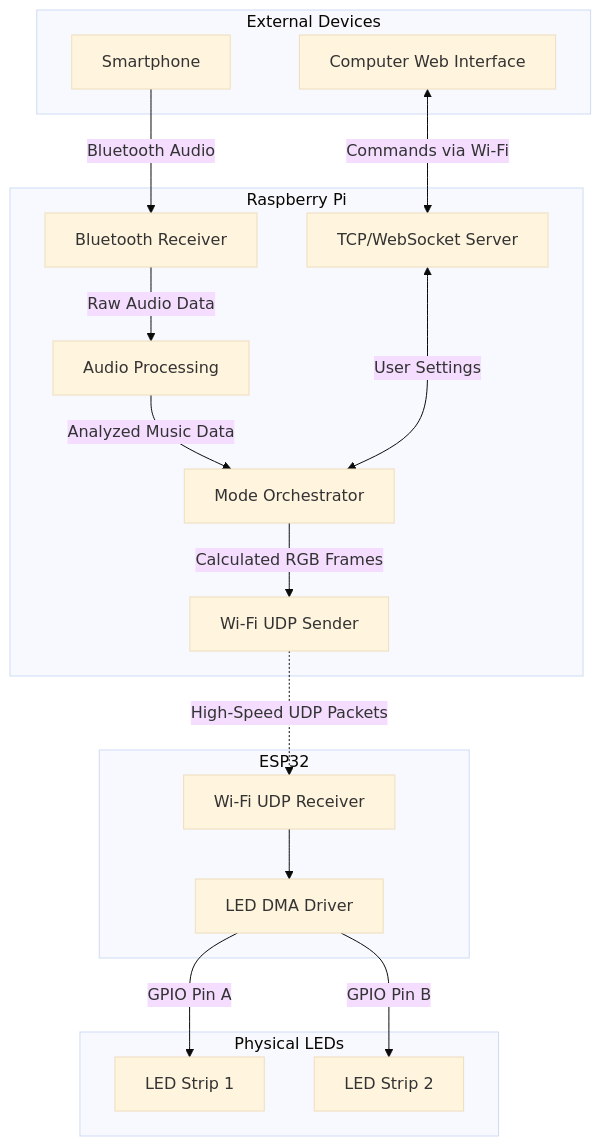
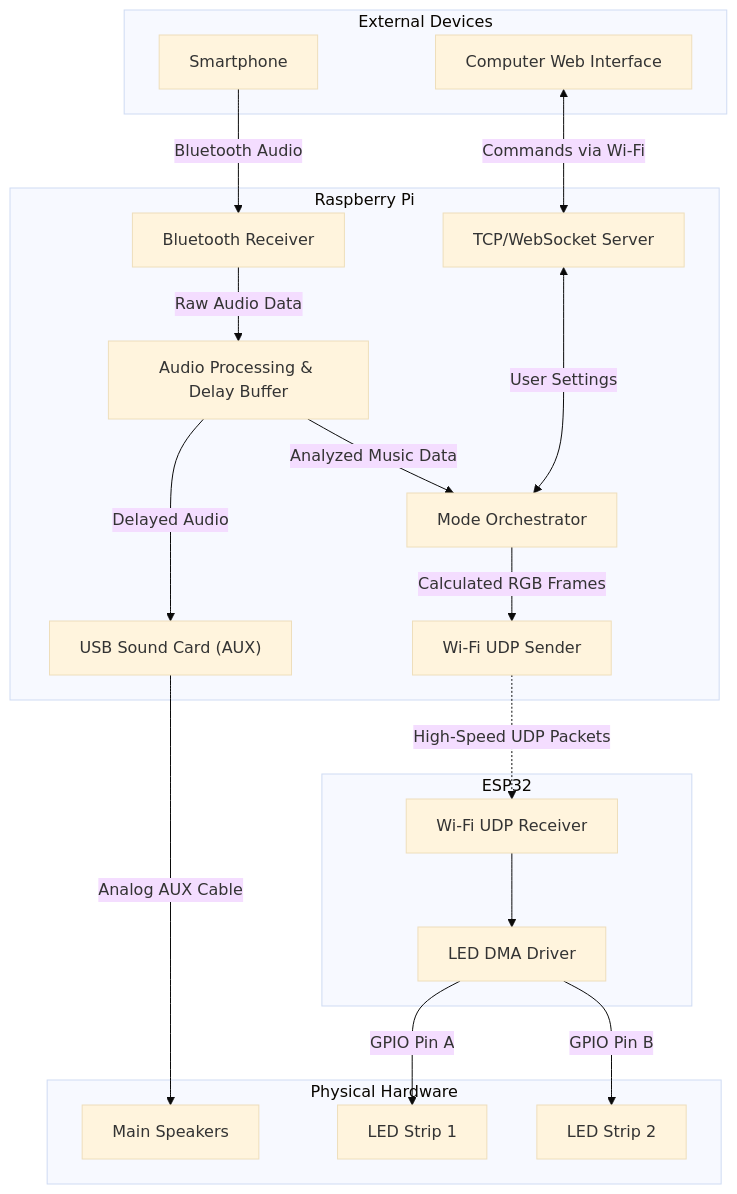
Before and after one commit to LucRobey/vialactee: the diagram in .agents/PLAN.md, drawn with Mermaid (base theme).

Commit message:
update diagram

````diff
--- a/.agents/PLAN.md
+++ b/.agents/PLAN.md
@@ -21,39 +21,44 @@
 ```mermaid
 graph TD
     subgraph External [External Devices]
         Phone["Smartphone"]
         PC["Computer Web Interface"]
     end
 
     subgraph RPi [Raspberry Pi]
         BT["Bluetooth Receiver"]
-        FFT["Audio Processing"]
+        FFT["Audio Processing & Delay Buffer"]
+        Audio_Out["USB Sound Card (AUX)"]
         Server["TCP/WebSocket Server"]
         Math["Mode Orchestrator"]
         UDP_Out["Wi-Fi UDP Sender"]
     end
 
     subgraph ESP [ESP32]
         UDP_In["Wi-Fi UDP Receiver"]
         Driver["LED DMA Driver"]
     end
 
-    subgraph Hardware [Physical LEDs]
+    subgraph Hardware [Physical Hardware]
+        Speakers["Main Speakers"]
         Strip1["LED Strip 1"]
         Strip2["LED Strip 2"]
     end
 
     Phone -->|Bluetooth Audio| BT
     PC <-->|Commands via Wi-Fi| Server
     
     BT -->|Raw Audio Data| FFT
+    FFT -->|Delayed Audio| Audio_Out
+    Audio_Out -->|Analog AUX Cable| Speakers
+    
     FFT -->|Analyzed Music Data| Math
     Server <-->|User Settings| Math
     Math -->|Calculated RGB Frames| UDP_Out
     
     UDP_Out -.->|High-Speed UDP Packets| UDP_In
     
     UDP_In --> Driver
     Driver -->|GPIO Pin A| Strip1
     Driver -->|GPIO Pin B| Strip2
 ```
````
